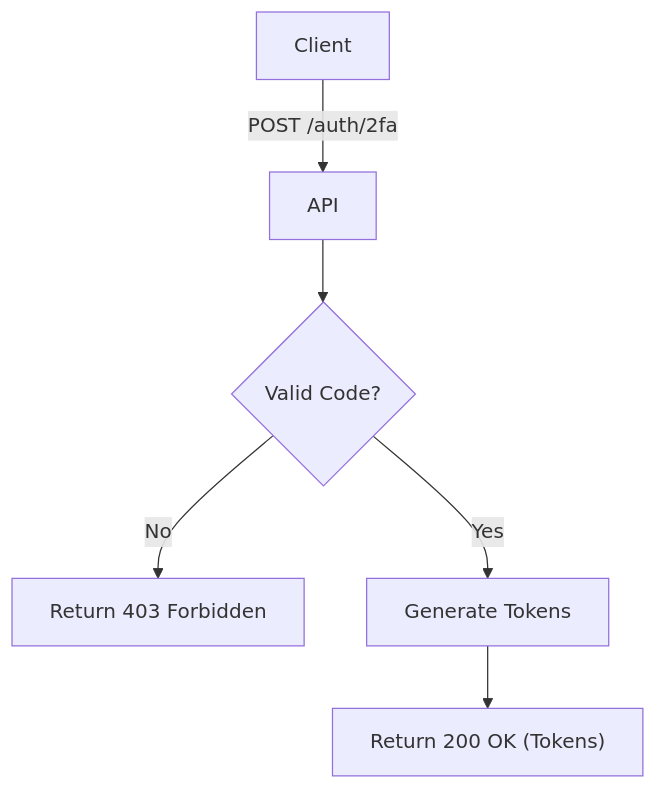
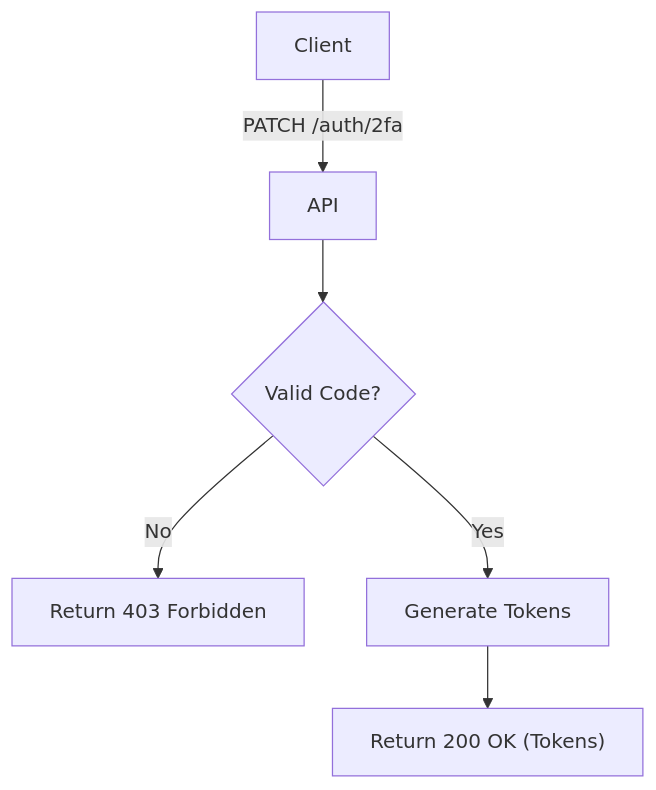
The diagram in apps/doc/src/content/api/auth/authorize-2fa.mdx (leandroluk/investor), drawn with Mermaid before and after one commit. The commit also changed other lines of this file and 40 other files, not shown here.

````diff
--- a/apps/doc/src/content/api/auth/authorize-2fa.mdx
+++ b/apps/doc/src/content/api/auth/authorize-2fa.mdx
@@ -25,8 +24,8 @@
 ```mermaid
 flowchart TD
-  A["Client"] -- "POST /auth/2fa" --> B["API"]
+  A["Client"] -- "PATCH /auth/2fa" --> B["API"]
   B --> C{"Valid Code?"}
   C -- "No" --> D["Return 403 Forbidden"]
   C -- "Yes" --> E["Generate Tokens"]
   E --> F["Return 200 OK (Tokens)"]
 ```
````
